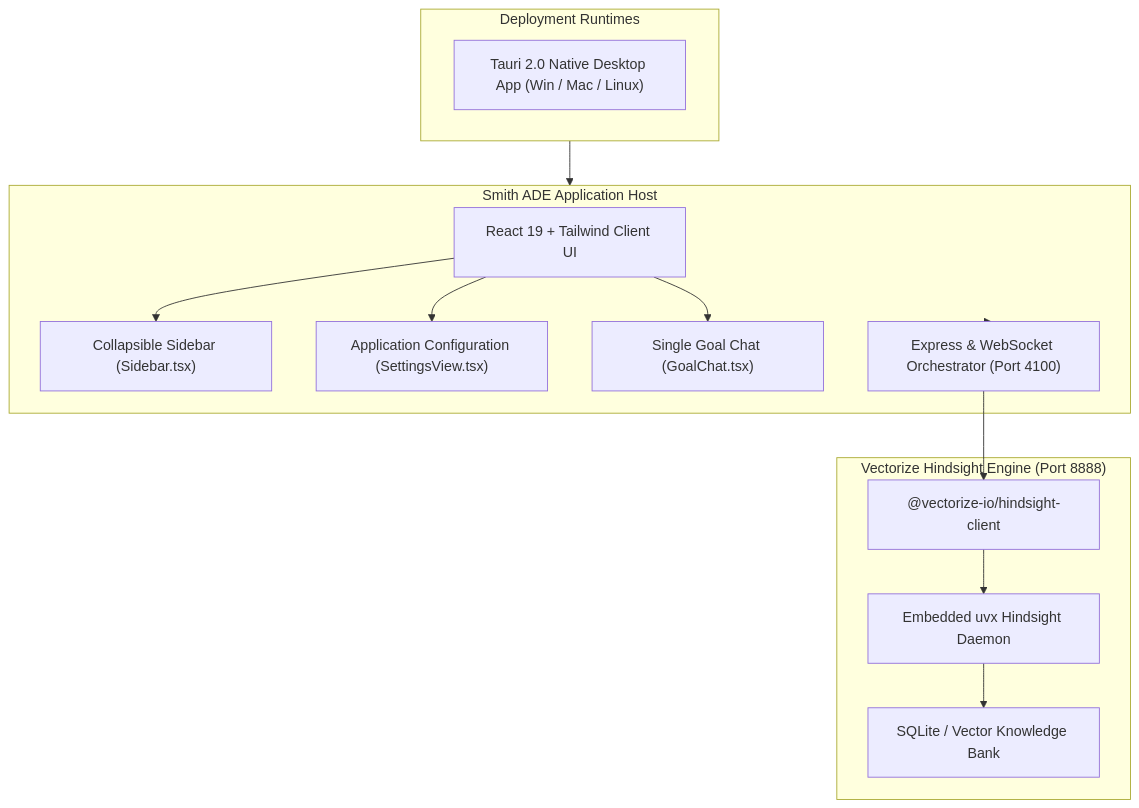
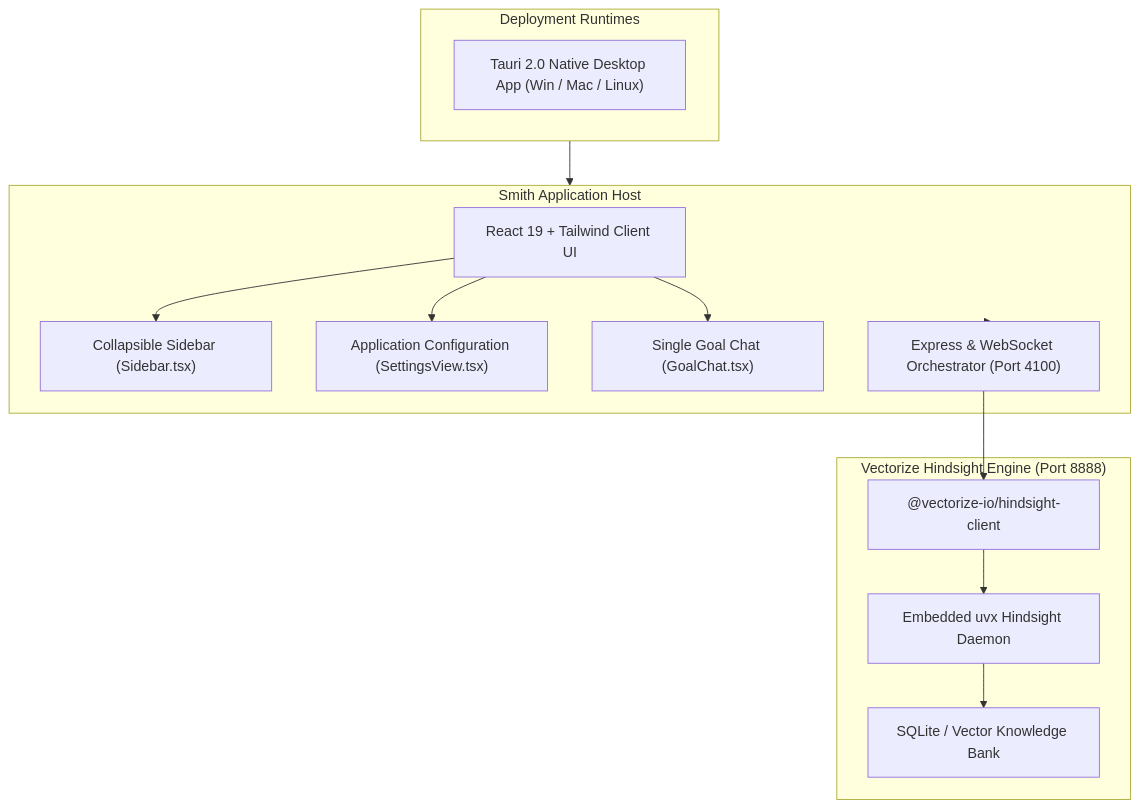
Before and after one commit to jeeyo/smith: the diagram in README.md, drawn with Mermaid. The commit also changed other lines of this file and 13 other files, not shown here.

Commit message:
chore(branding): replace Autonomous Agentic Development Environment and ADE with Smith across docs, configs, and UI

````diff
--- a/README.md
+++ b/README.md
@@ -96,29 +96,29 @@
 ```mermaid
 flowchart TD
     subgraph HostOptions ["Deployment Runtimes"]
         Tauri["Tauri 2.0 Native Desktop App (Win / Mac / Linux)"]
     end
 
-    subgraph AppHost ["Smith ADE Application Host"]
+    subgraph AppHost ["Smith Application Host"]
         Renderer["React 19 + Tailwind Client UI"]
         Sidebar["Collapsible Sidebar (Sidebar.tsx)"]
         SettingsView["Application Configuration (SettingsView.tsx)"]
         GoalChat["Single Goal Chat (GoalChat.tsx)"]
         Server["Express & WebSocket Orchestrator (Port 4100)"]
     end
 
     subgraph Hindsight ["Vectorize Hindsight Engine (Port 8888)"]
         HSDaemon["Embedded uvx Hindsight Daemon"]
         HSClient["@vectorize-io/hindsight-client"]
         MemoryBank["SQLite / Vector Knowledge Bank"]
     end
 
     HostOptions --> AppHost
     Renderer --> Sidebar
     Renderer --> SettingsView
     Renderer --> GoalChat
     AppHost --> Server
     Server --> HSClient
     HSClient --> HSDaemon
     HSDaemon --> MemoryBank
 ```
````
